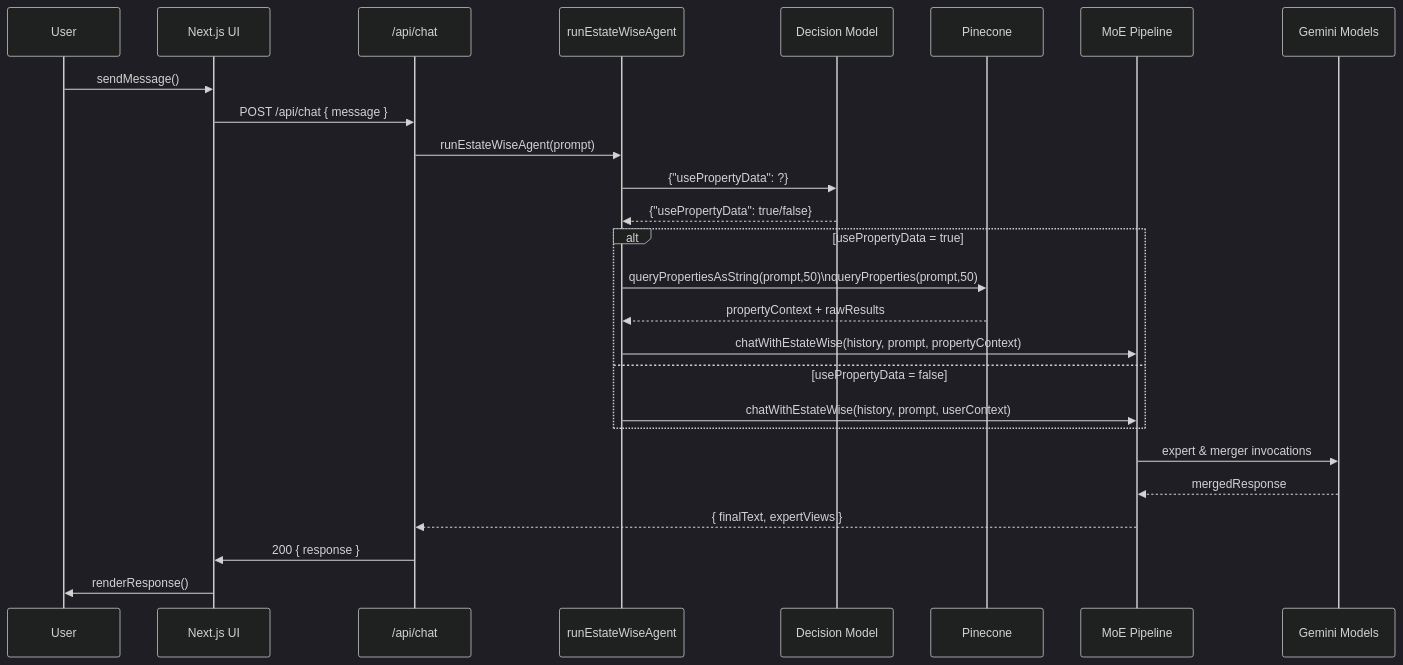
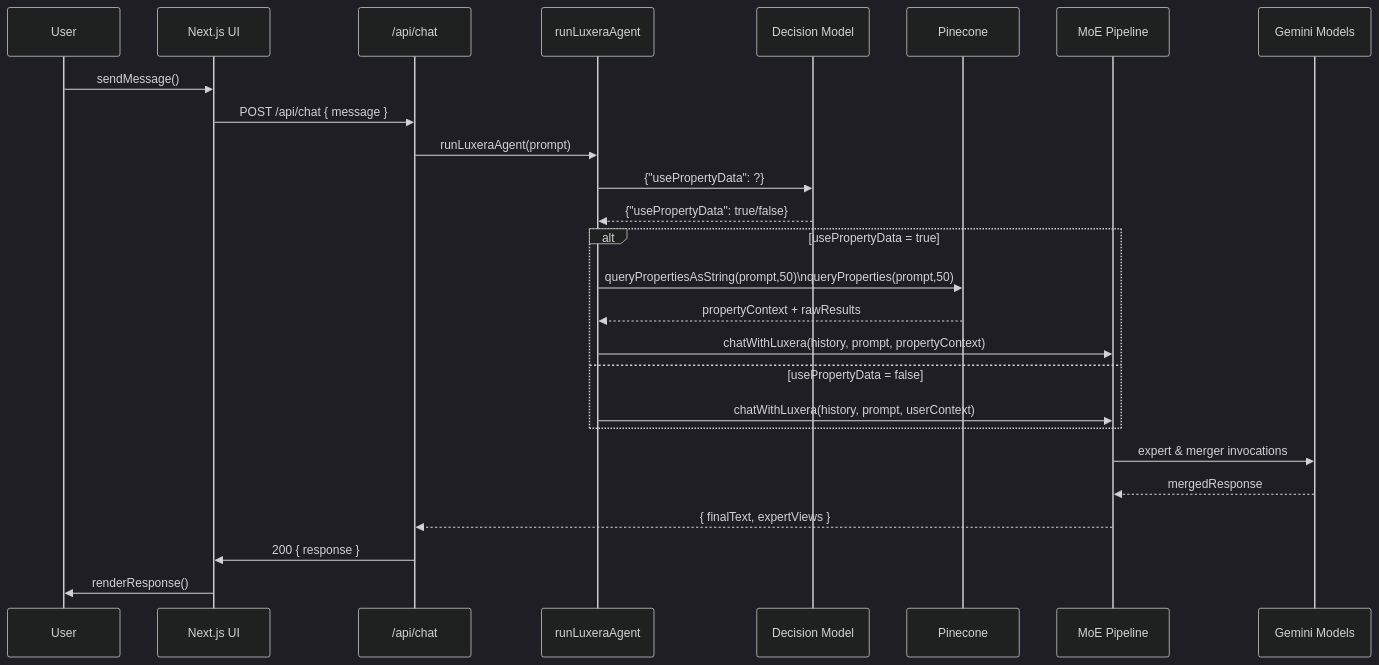
Before and after one commit to hoangsonww/EstateWise-Chapel-Hill-Chatbot: the diagram in TECH_DOCS.md, drawn with Mermaid (dark theme). The commit also changed 9 other files, not shown here.

````diff
--- a/TECH_DOCS.md
+++ b/TECH_DOCS.md
@@ -867,33 +867,33 @@
 ```mermaid
 sequenceDiagram
     participant User
     participant UI as Next.js UI
     participant API as /api/chat
-    participant Agent as runEstateWiseAgent
+    participant Agent as runLuxeraAgent
     participant DecisionAI as Decision Model
     participant Pinecone
     participant Experts as MoE Pipeline
     participant Gemini as Gemini Models
 
     User->>UI: sendMessage()
     UI->>API: POST /api/chat { message }
-    API->>Agent: runEstateWiseAgent(prompt)
+    API->>Agent: runLuxeraAgent(prompt)
 
     Agent->>DecisionAI: {"usePropertyData": ?}
     DecisionAI-->>Agent: {"usePropertyData": true/false}
 
     alt usePropertyData = true
         Agent->>Pinecone: queryPropertiesAsString(prompt,50)\nqueryProperties(prompt,50)
         Pinecone-->>Agent: propertyContext + rawResults
-        Agent->>Experts: chatWithEstateWise(history, prompt, propertyContext)
+        Agent->>Experts: chatWithLuxera(history, prompt, propertyContext)
     else usePropertyData = false
-        Agent->>Experts: chatWithEstateWise(history, prompt, userContext)
+        Agent->>Experts: chatWithLuxera(history, prompt, userContext)
     end
 
     Experts->>Gemini: expert & merger invocations
     Gemini-->>Experts: mergedResponse
 
     Experts-->>API: { finalText, expertViews }
     API->>UI: 200 { response }
     UI->>User: renderResponse()
 ```
````
